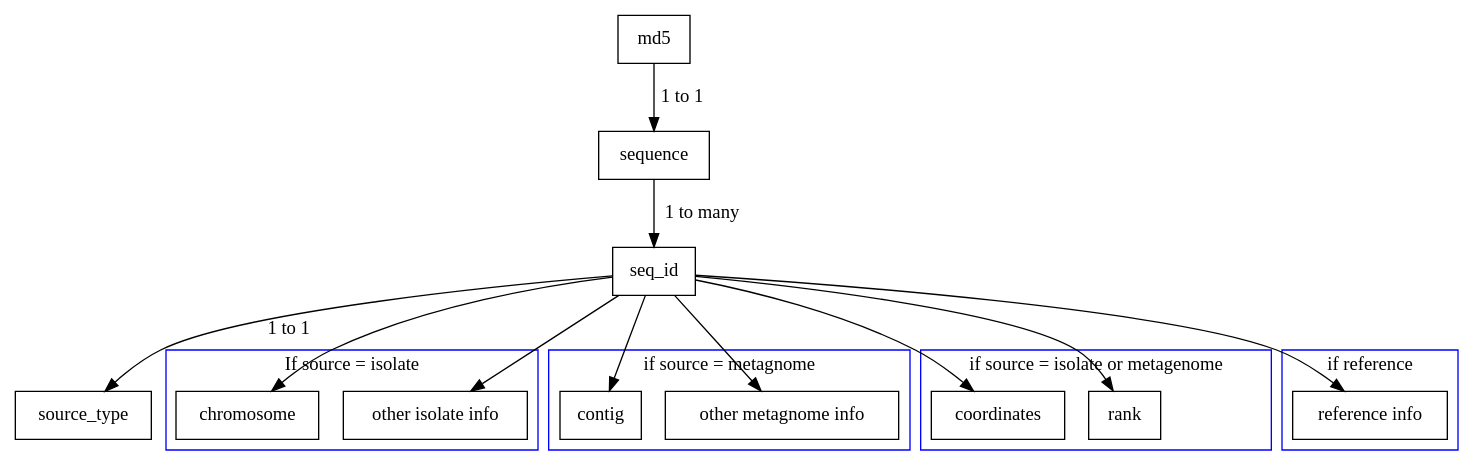
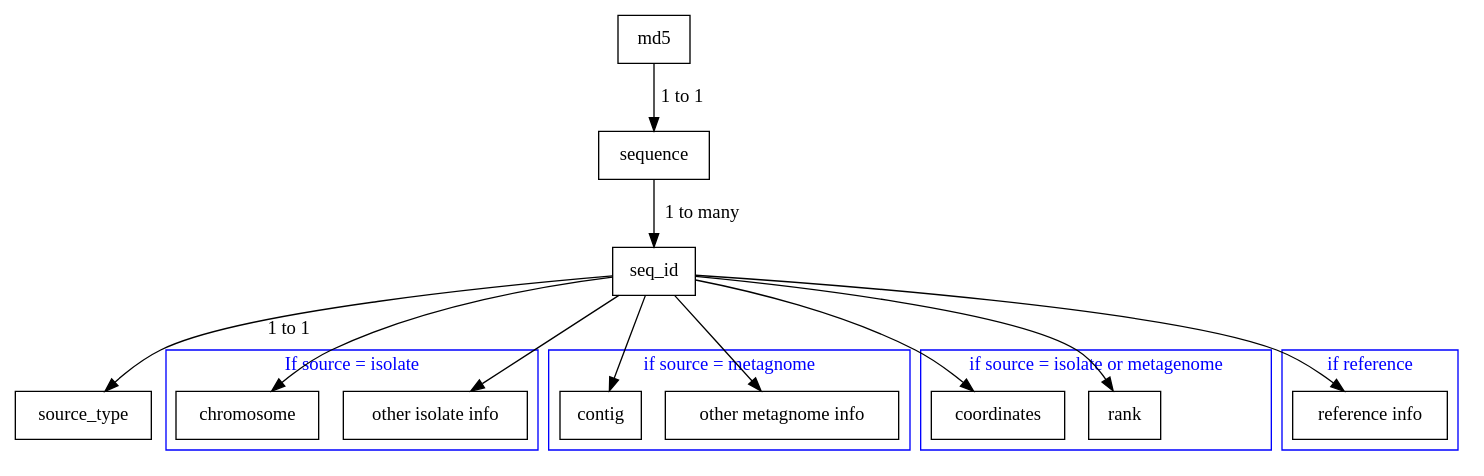
Before and after one commit to proteinuniverse/docs: the diagram in Images/data_schema.dot, drawn with Graphviz. The commit also changed 1 other file, not shown here.

Commit message:
updating data_schema again

```diff
--- a/Images/data_schema.dot
+++ b/Images/data_schema.dot
@@ -1,47 +1,57 @@
+// to generate data_schema.png:
+//
+// dot -Tpng data_schema.dot -o data_schema.png
+//
+//  (http://www.graphviz.org/)
+//
 
 digraph main 
    {
     node [shape=box];
     edge [len=2];
     md5 -> sequence [label="1 to 1"];
     
     sequence -> seq_id [label="1 to many"];
     
     seq_id -> source_type [label="1 to 1"];
 
     subgraph cluster0 {
+        fontcolor=blue;
          chromosome;
         "other isolate info";
         label = "If source = isolate";
         color = blue;
     }
     seq_id -> chromosome
     seq_id -> "other isolate info";
  
     subgraph cluster1 {     
+        fontcolor=blue;
         contig;
         "other metagnome info";
         label="if source = metagnome";
         color = blue;
     }
 
     seq_id -> contig;
     seq_id -> "other metagnome info";
 
     subgraph cluster2 {
+        fontcolor=blue;
         coordinates
         rank
         label= "if source = isolate or metagenome"
         color = blue;
     }
     seq_id -> "coordinates"
     seq_id -> rank
 
 
     subgraph cluster3 {
+        fontcolor=blue;
         "reference info" ;
         label="if reference";
         color = blue;
     }
     seq_id -> "reference info";
    }
```
